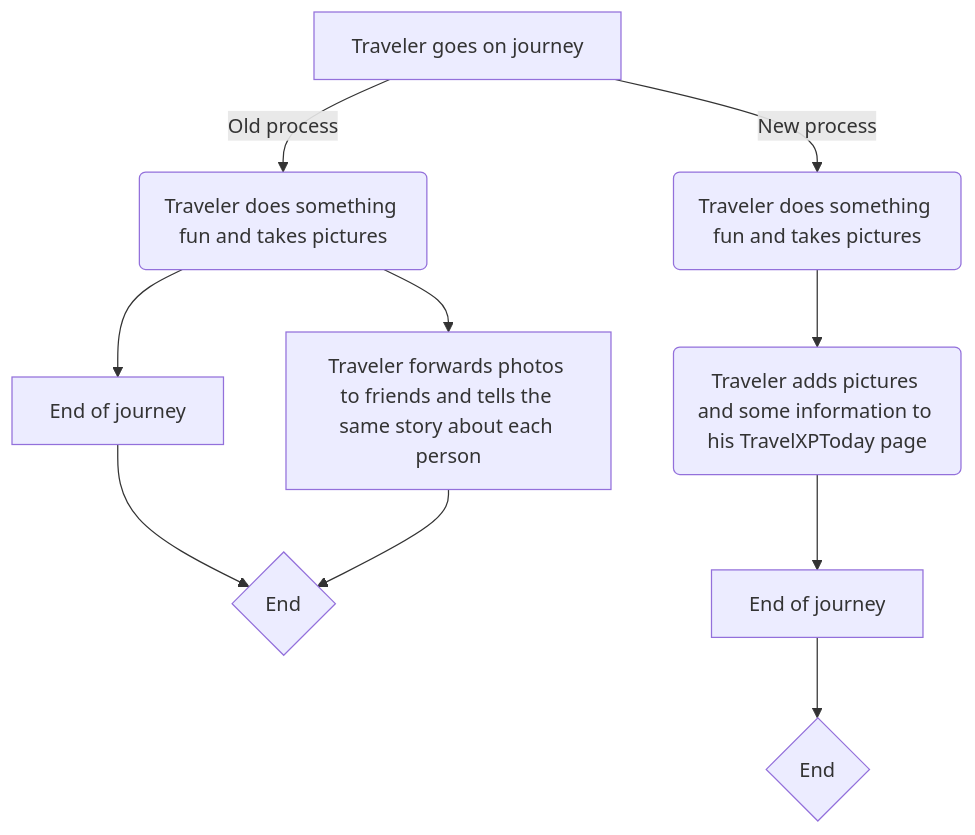
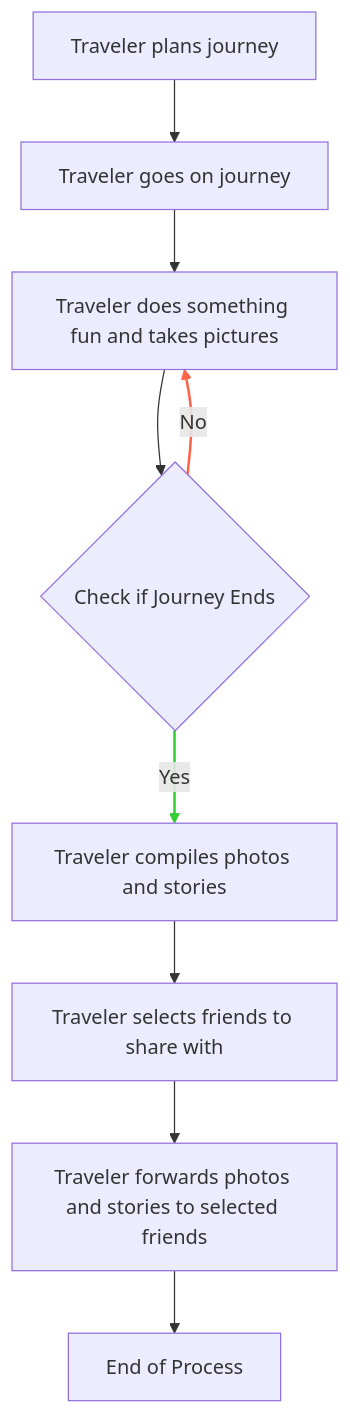
One commit to TravelXPToday/Portfolio changed the diagram in Learning Outcomes/7. Business processes.md. Above: the diagram before and after it, drawn with Mermaid. The commit also changed other lines of this file, not shown here.

Commit message:
added old process mermaid

````diff
--- a/Learning Outcomes/7. Business processes.md
+++ b/Learning Outcomes/7. Business processes.md
@@ -22,15 +21,15 @@
 ```mermaid
-%%{init: {'theme': 'default'}}%%
 graph TD
-    A[Traveler goes on journey] -->|Old process| B(Traveler does something fun and takes pictures)
-    B --> C[End of journey]
-    C --> D{End}
-    A -->|New process| E(Traveler does something fun and takes pictures)
-    E --> F(Traveler adds pictures and some information to his TravelXPToday page)
-    F --> G[End of journey]
-    G --> H{End}
+    A[Traveler plans journey]
+    A --> B[Traveler goes on journey]
+    B --> C[Traveler does something fun and takes pictures]
+    C --> D{Check if Journey Ends}
+    D -- Yes --> E[Traveler compiles photos and stories]
+    D -- No --> C
+    E --> F[Traveler selects friends to share with]
+    F --> G[Traveler forwards photos and stories to selected friends]
+    G --> H[End of Process]
 
-    B --> I[Traveler forwards photos to friends and tells the same story about each person]
-    I --> D
-
+    linkStyle 3 stroke:#32cd32,stroke-width:2px; 
+    linkStyle 4 stroke:#ff6347,stroke-width:2px;
 ```
````
